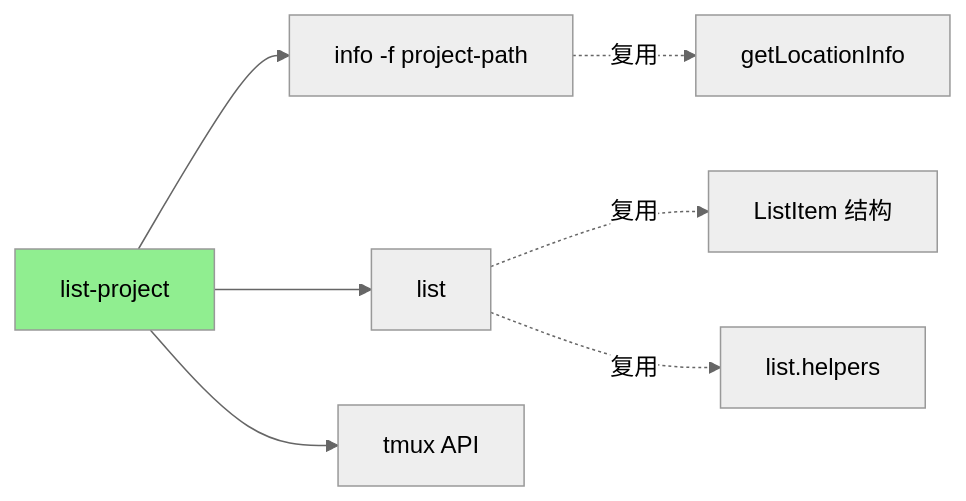
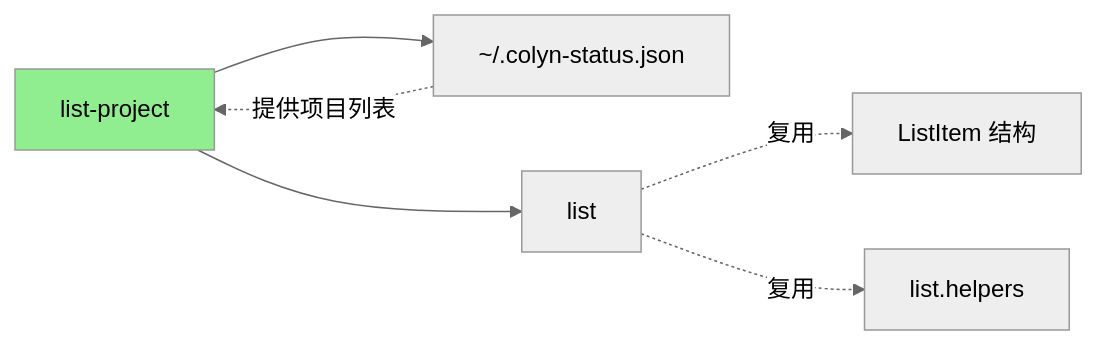
One commit to colin-han/colyn changed the diagram in docs/zh-CN/develop/design/commands/design-list-project-command.md. Above: the diagram before and after it, drawn with Mermaid (neutral theme). The commit also changed other lines of this file and 7 other files, not shown here.

Commit message:
feat: 更新lsp命令，使用新的.colyn-status.json文件获取project列表

````diff
--- a/docs/zh-CN/develop/design/commands/design-list-project-command.md
+++ b/docs/zh-CN/develop/design/commands/design-list-project-command.md
@@ -421,12 +409,10 @@
 ```mermaid
 graph LR
-    ListProject[list-project] --> Info[info -f project-path]
+    ListProject[list-project] --> StatusIndex[~/.colyn-status.json]
     ListProject --> List[list]
-    ListProject --> Tmux[tmux API]
-
-    Info -.->|复用| LocationInfo[getLocationInfo]
+    StatusIndex -.->|提供项目列表| ListProject
     List -.->|复用| ListItem[ListItem 结构]
     List -.->|复用| Helpers[list.helpers]
 
     style ListProject fill:#90EE90
 ```
````
